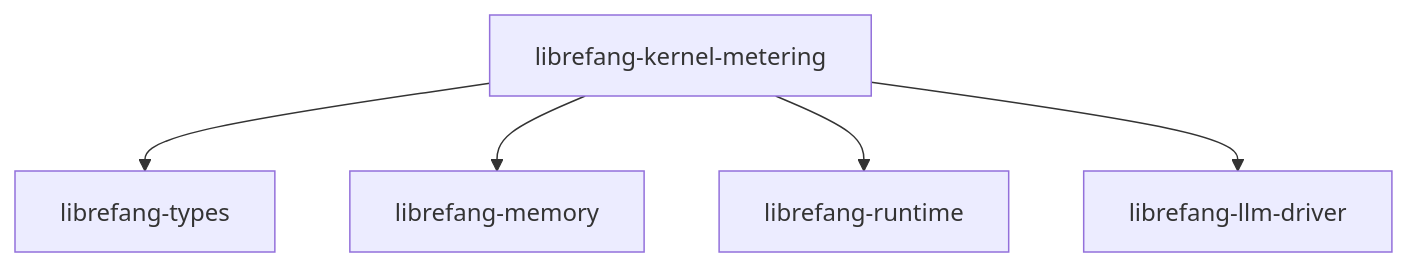
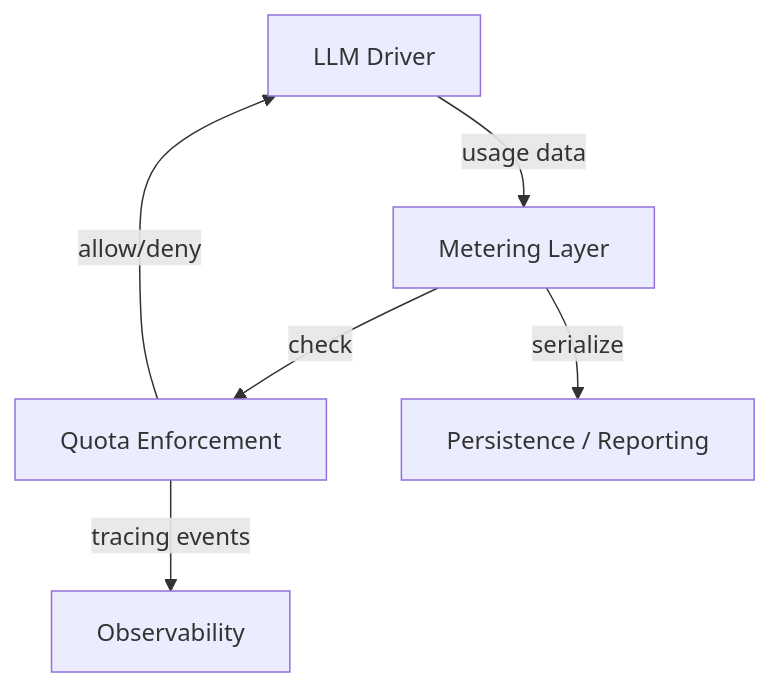
Before and after one commit to leszek3737/librefang-WIki: the diagram in other-librefang-kernel-metering.md, drawn with Mermaid. The commit also changed other lines of this file and 122 other files, not shown here.

````diff
--- a/other-librefang-kernel-metering.md
+++ b/other-librefang-kernel-metering.md
@@ -13,7 +24,8 @@
 ```mermaid
 graph TD
-    A[librefang-kernel-metering] --> B[librefang-types]
-    A --> C[librefang-memory]
-    A --> D[librefang-runtime]
-    A --> E[librefang-llm-driver]
+    A[LLM Driver] -->|usage data| B[Metering Layer]
+    B -->|check| C[Quota Enforcement]
+    C -->|allow/deny| A
+    B -->|serialize| D[Persistence / Reporting]
+    C -->|tracing events| E[Observability]
 ```
````
